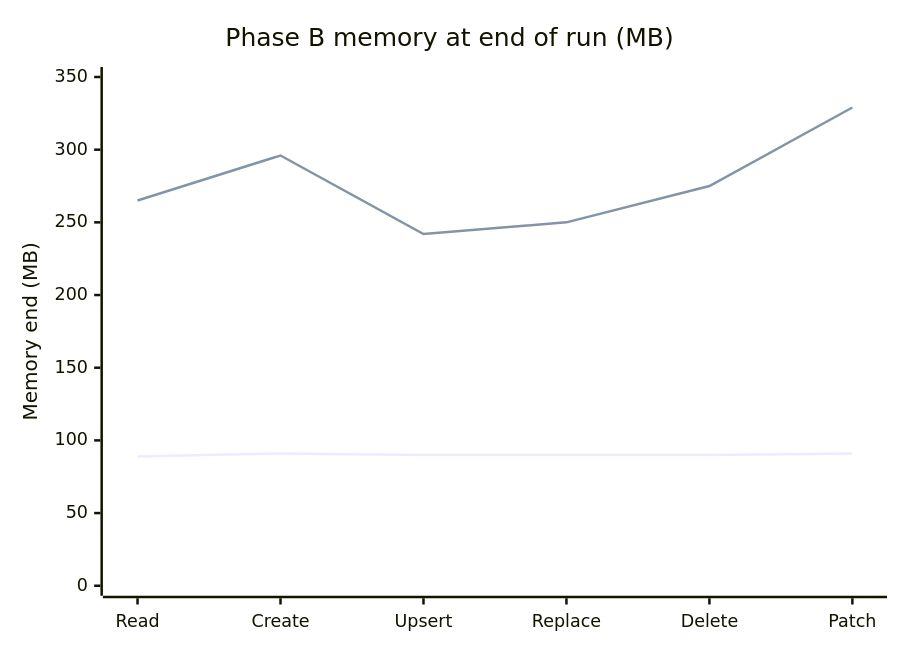
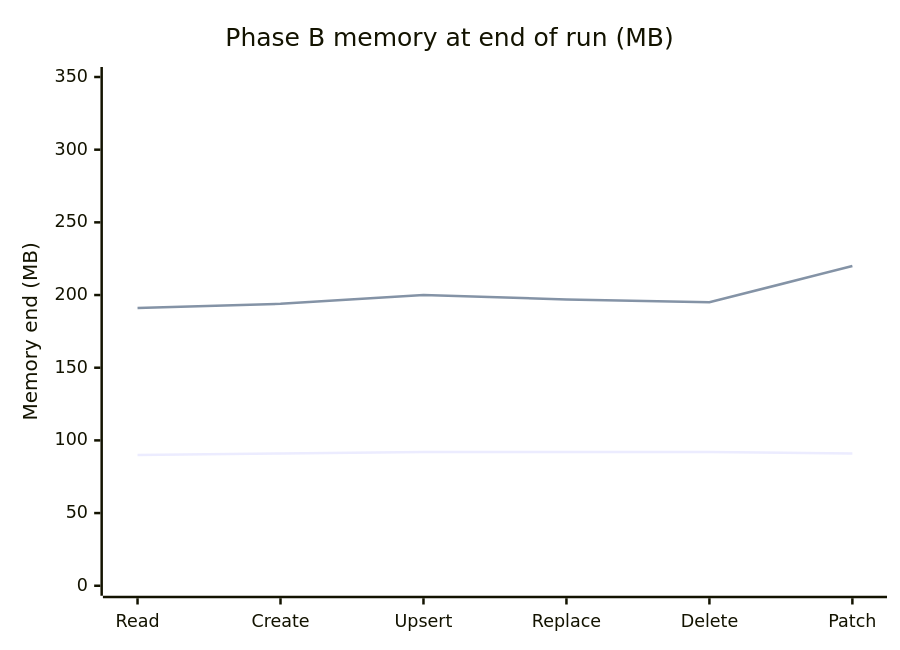
The sixth of 7 diagrams in sdk/cosmos/azure-cosmos/docs/rust-vs-python-perf-drill.md (Azure/azure-sdk-for-python), drawn with Mermaid before and after one commit. The commit also changed other lines of this file and 14 other files, not shown here.

````diff
--- a/sdk/cosmos/azure-cosmos/docs/rust-vs-python-perf-drill.md
+++ b/sdk/cosmos/azure-cosmos/docs/rust-vs-python-perf-drill.md
@@ -630,8 +375,8 @@
 ```mermaid
 xychart-beta
     title "Phase B memory at end of run (MB)"
     x-axis ["Read","Create","Upsert","Replace","Delete","Patch"]
     y-axis "Memory end (MB)" 0 --> 350
-    line "Core Python" [89,91,90,90,90,91]
-    line "Rust" [265,296,242,250,275,329]
+    line "Core Python" [90,91,92,92,92,91]
+    line "Rust" [191,194,200,197,195,220]
 ```
````
